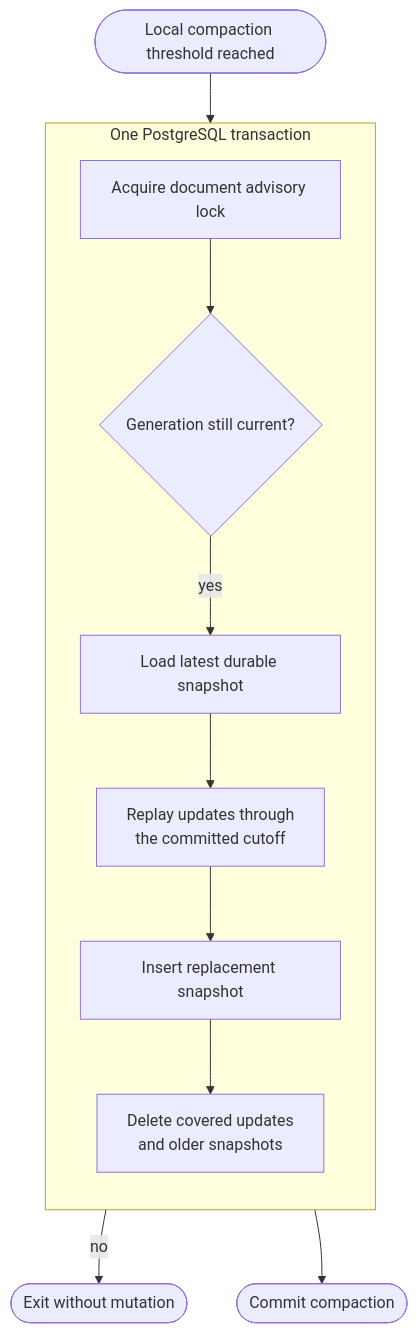
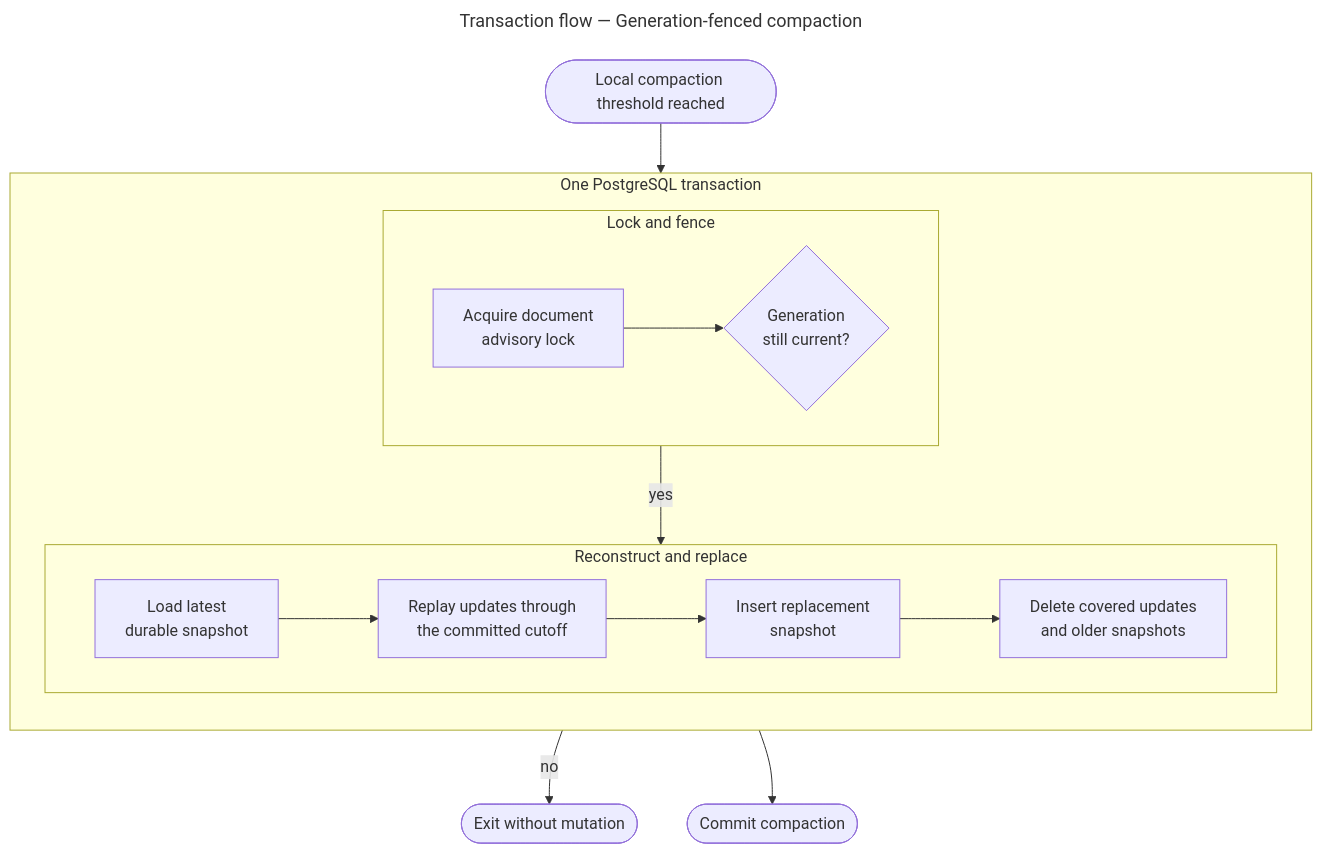
One commit to santinomarial/Meridian changed the diagram in docs/diagrams/source/compaction.mmd. Above: the diagram before and after it, drawn with Mermaid. The commit also changed 62 other files, not shown here.

Commit message:
Perfect architecture diagrams and sizing

```diff
--- a/docs/diagrams/source/compaction.mmd
+++ b/docs/diagrams/source/compaction.mmd
@@ -1,19 +1,31 @@
-flowchart TD
+---
+title: Transaction flow — Generation-fenced compaction
+---
+flowchart TB
     Trigger(["Local compaction threshold reached"])
 
     subgraph Transaction["One PostgreSQL transaction"]
-        direction TD
-        Lock["Acquire document advisory lock"]
-        Fence{"Generation still current?"}
-        Base["Load latest durable snapshot"]
-        Updates["Replay updates through<br/>the committed cutoff"]
-        Snapshot["Insert replacement snapshot"]
-        Delete["Delete covered updates<br/>and older snapshots"]
+        direction TB
 
-        Lock --> Fence
-        Fence -->|"yes"| Base --> Updates --> Snapshot --> Delete
+        subgraph Guard["Lock and fence"]
+            direction LR
+            Lock["Acquire document<br/>advisory lock"]
+            Fence{"Generation<br/>still current?"}
+            Lock --> Fence
+        end
+
+        subgraph Rewrite["Reconstruct and replace"]
+            direction LR
+            Base["Load latest<br/>durable snapshot"]
+            Updates["Replay updates through<br/>the committed cutoff"]
+            Snapshot["Insert replacement<br/>snapshot"]
+            Delete["Delete covered updates<br/>and older snapshots"]
+            Base --> Updates --> Snapshot --> Delete
+        end
+
+        Fence -->|"yes"| Base
     end
 
     Trigger --> Lock
     Fence -->|"no"| Stop(["Exit without mutation"])
     Delete --> Commit(["Commit compaction"])
```
